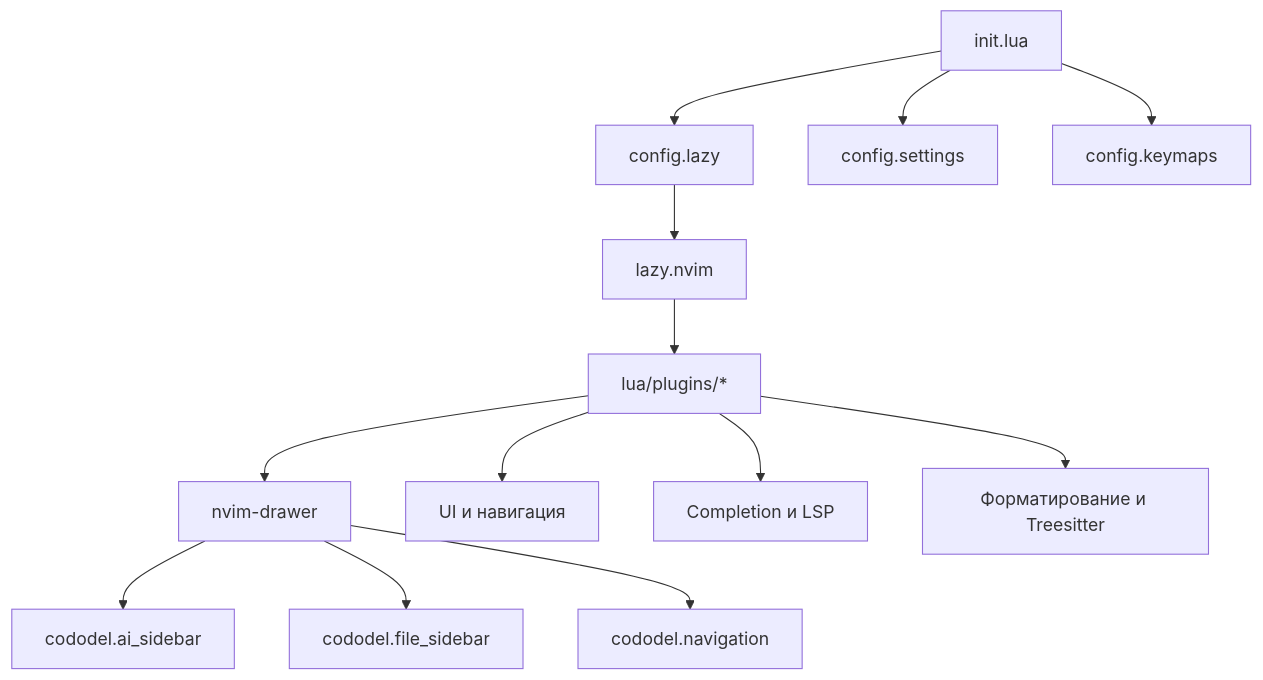
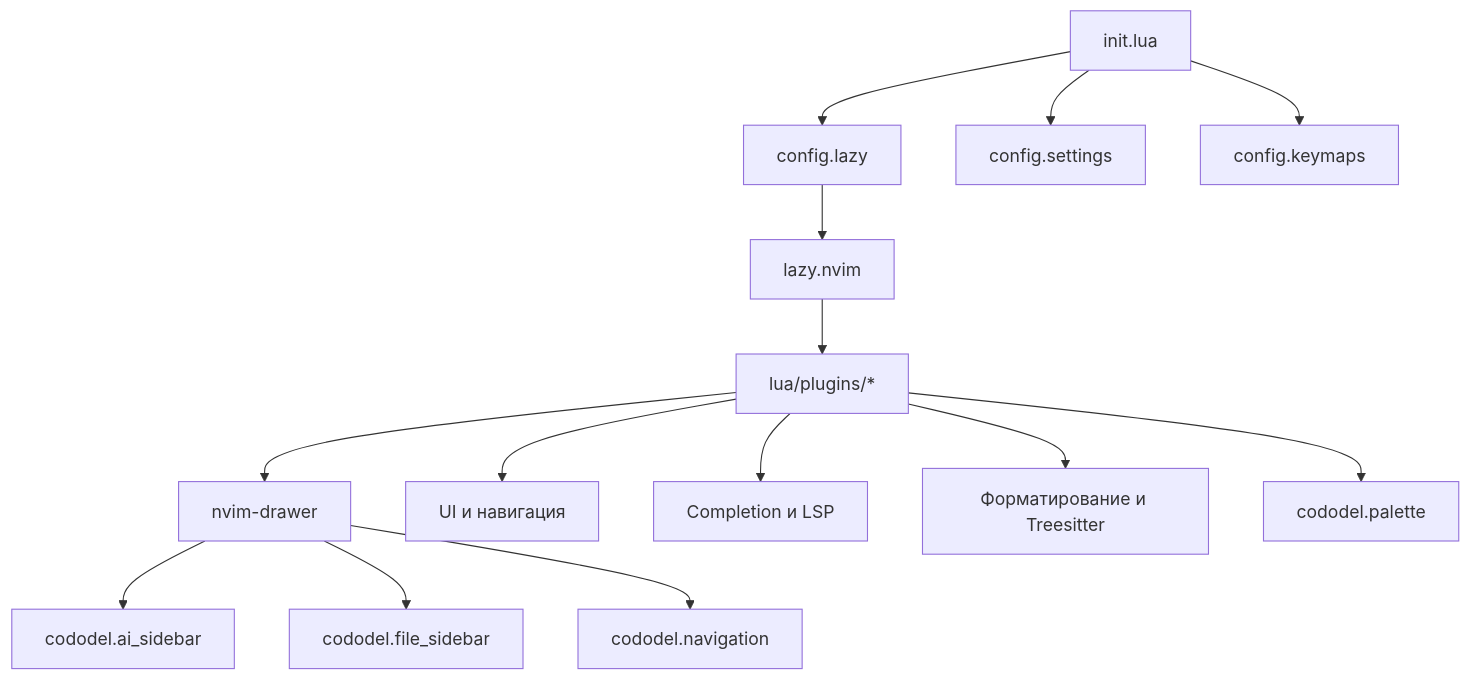
Before and after one commit to cododel/nvim-config: the second of 2 diagrams in README.md, drawn with Mermaid. The commit also changed other lines of this file and 4 other files, not shown here.

````diff
--- a/README.md
+++ b/README.md
@@ -118,15 +140,16 @@
 ```mermaid
 flowchart TD
   I["init.lua"] --> L["config.lazy"]
   I --> S["config.settings"]
   I --> K["config.keymaps"]
   L --> M["lazy.nvim"]
   M --> P["lua/plugins/*"]
   P --> D["nvim-drawer"]
   P --> UI["UI и навигация"]
   P --> CODE["Completion и LSP"]
   P --> EDIT["Форматирование и Treesitter"]
   D --> AI["cododel.ai_sidebar"]
   D --> FS["cododel.file_sidebar"]
   D --> N["cododel.navigation"]
+  P --> PA["cododel.palette"]
 ```
````
